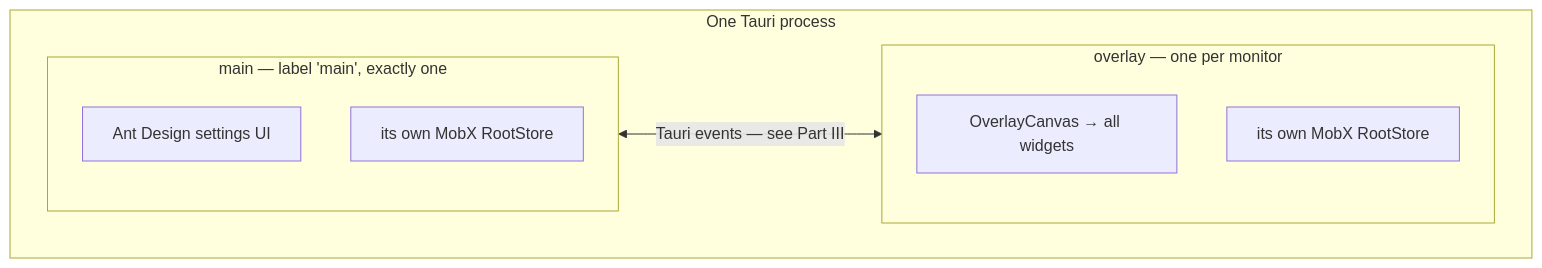
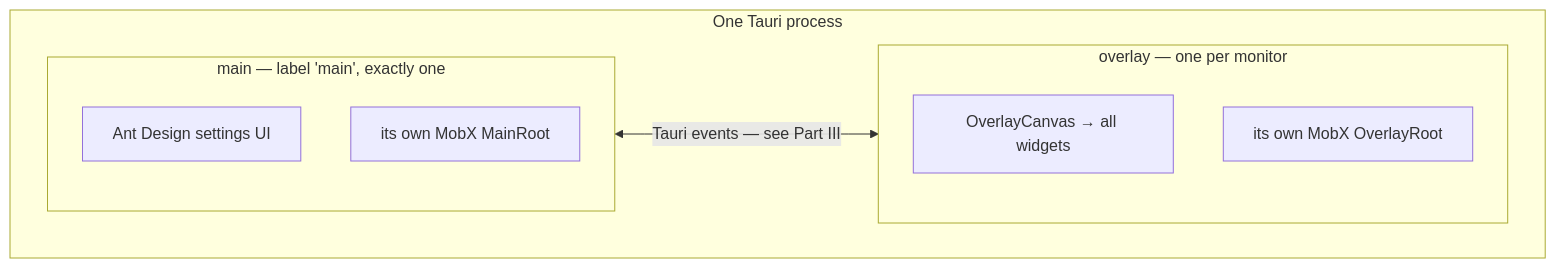
One commit to mvoof/Marble-Trace changed the second of 24 diagrams in docs/architecture.md. Above: the diagram before and after it, drawn with Mermaid. The commit also changed other lines of this file and 665 other files, not shown here.

Commit message:
Architecture rework: sim logic in Rust, main owns settings (#583)

````diff
--- a/docs/architecture.md
+++ b/docs/architecture.md
@@ -120,15 +121,15 @@
 ```mermaid
 flowchart TB
     subgraph app["One Tauri process"]
         direction LR
         subgraph m["main — label 'main', exactly one"]
             M1["Ant Design settings UI"]
-            M2["its own MobX RootStore"]
+            M2["its own MobX MainRoot"]
         end
         subgraph o["overlay — one per monitor"]
             O1["OverlayCanvas → all widgets"]
-            O2["its own MobX RootStore"]
+            O2["its own MobX OverlayRoot"]
         end
     end
     m <-->|"Tauri events — see Part III"| o
 ```
````
